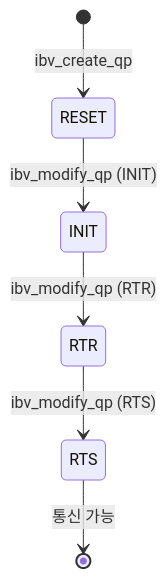
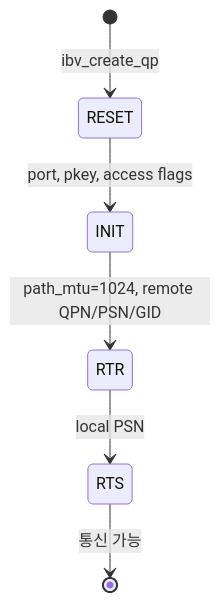
Before and after one commit to 0xDaizz/RMLX: the second of 4 diagrams in docs/crates/rmlx-rdma.md, drawn with Mermaid. The commit also changed other lines of this file and 11 other files, not shown here.

````diff
--- a/docs/crates/rmlx-rdma.md
+++ b/docs/crates/rmlx-rdma.md
@@ -62,8 +145,8 @@
 ```mermaid
 stateDiagram-v2
     [*] --> RESET: ibv_create_qp
-    RESET --> INIT: ibv_modify_qp (INIT)
-    INIT --> RTR: ibv_modify_qp (RTR)
-    RTR --> RTS: ibv_modify_qp (RTS)
+    RESET --> INIT: port, pkey, access flags
+    INIT --> RTR: path_mtu=1024, remote QPN/PSN/GID
+    RTR --> RTS: local PSN
     RTS --> [*]: 통신 가능
 ```
````
